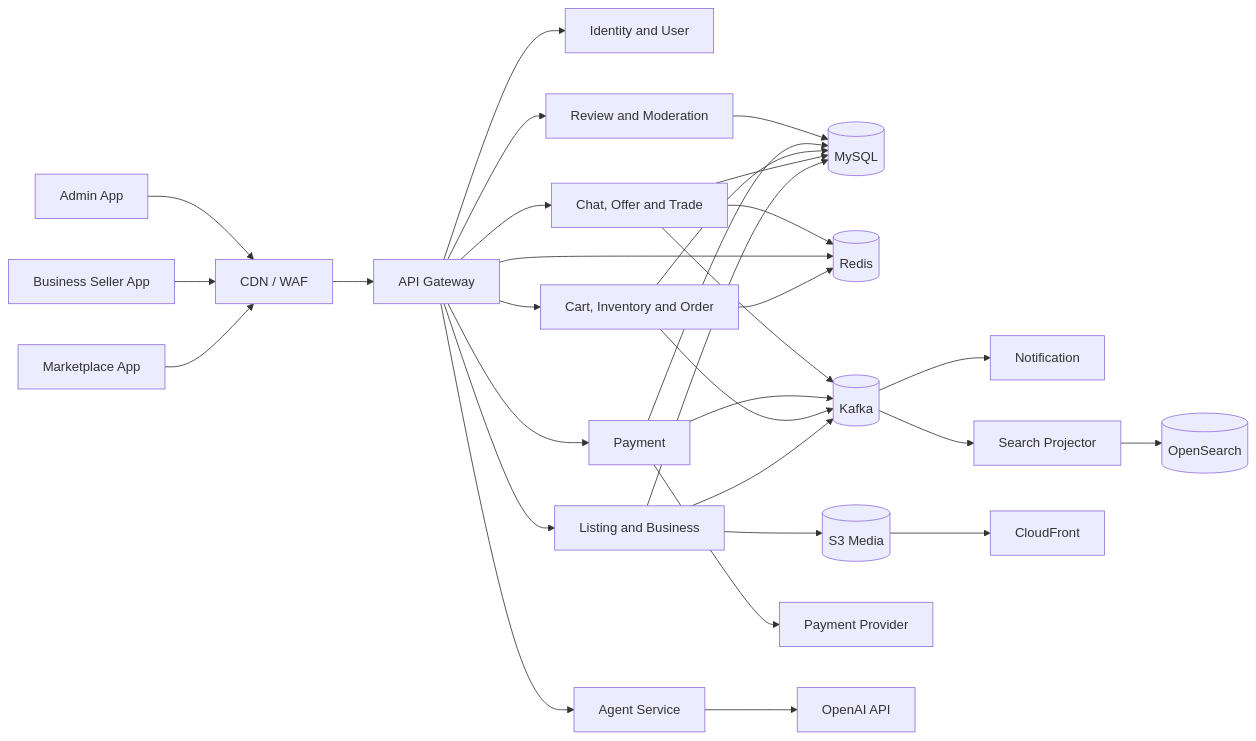
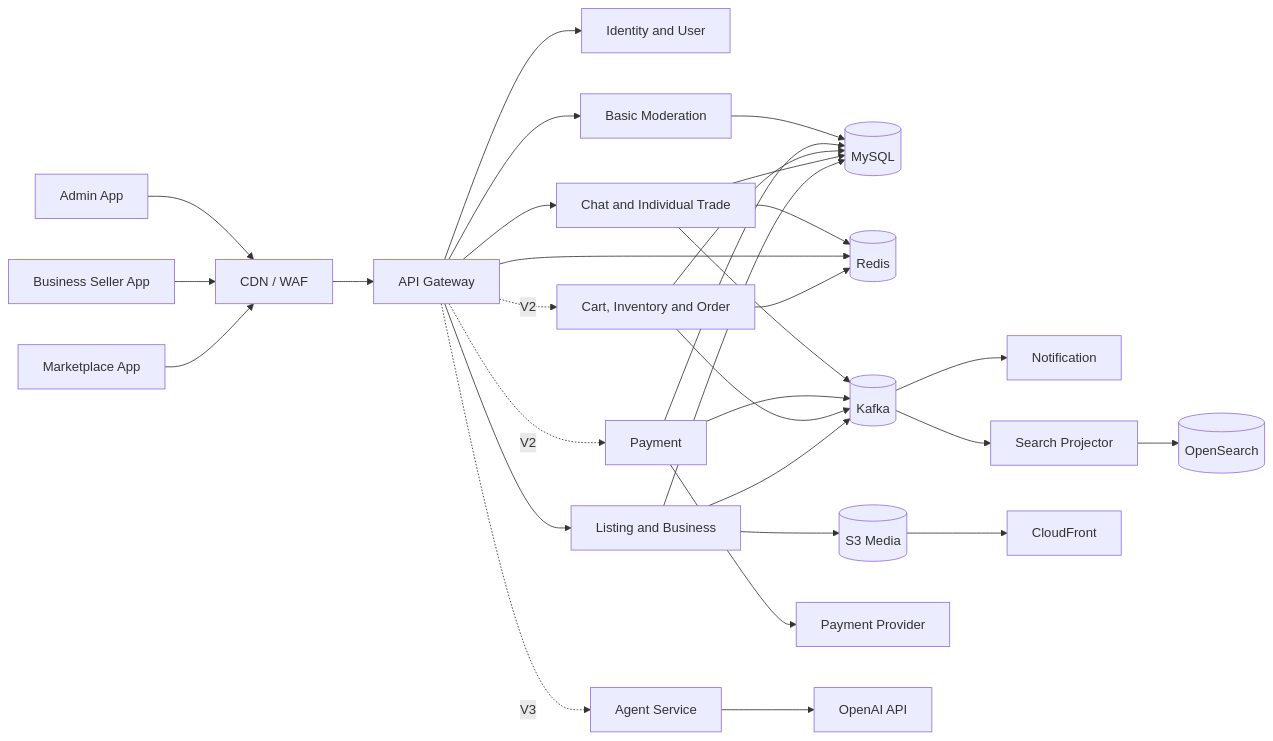
The first of 3 diagrams in docs/mvp/architecture.md (tiancaiq/JianShang-e-commerce), drawn with Mermaid before and after one commit. The commit also changed other lines of this file and 5 other files, not shown here.

````diff
--- a/docs/mvp/architecture.md
+++ b/docs/mvp/architecture.md
@@ -50,38 +118,38 @@
 ```mermaid
 flowchart LR
     Market["Marketplace App"] --> Edge["CDN / WAF"]
     Seller["Business Seller App"] --> Edge
     Admin["Admin App"] --> Edge
     Edge --> Gateway["API Gateway"]
 
     Gateway --> Identity["Identity and User"]
     Gateway --> Listing["Listing and Business"]
-    Gateway --> Trade["Chat, Offer and Trade"]
-    Gateway --> Commerce["Cart, Inventory and Order"]
-    Gateway --> Payment["Payment"]
-    Gateway --> Review["Review and Moderation"]
-    Gateway --> Agent["Agent Service"]
+    Gateway --> Trade["Chat and Individual Trade"]
+    Gateway -. V2 .-> Commerce["Cart, Inventory and Order"]
+    Gateway -. V2 .-> Payment["Payment"]
+    Gateway --> Review["Basic Moderation"]
+    Gateway -. V3 .-> Agent["Agent Service"]
 
     Listing --> MySQL[("MySQL")]
     Trade --> MySQL
     Commerce --> MySQL
     Payment --> MySQL
     Review --> MySQL
 
     Commerce --> Redis[("Redis")]
     Gateway --> Redis
     Trade --> Redis
 
     Listing --> Kafka[("Kafka")]
     Commerce --> Kafka
     Payment --> Kafka
     Trade --> Kafka
     Kafka --> Notification["Notification"]
     Kafka --> Search["Search Projector"]
     Search --> OpenSearch[("OpenSearch")]
 
     Listing --> S3[("S3 Media")]
     S3 --> CDN["CloudFront"]
     Payment --> Provider["Payment Provider"]
     Agent --> OpenAI["OpenAI API"]
 ```
````
